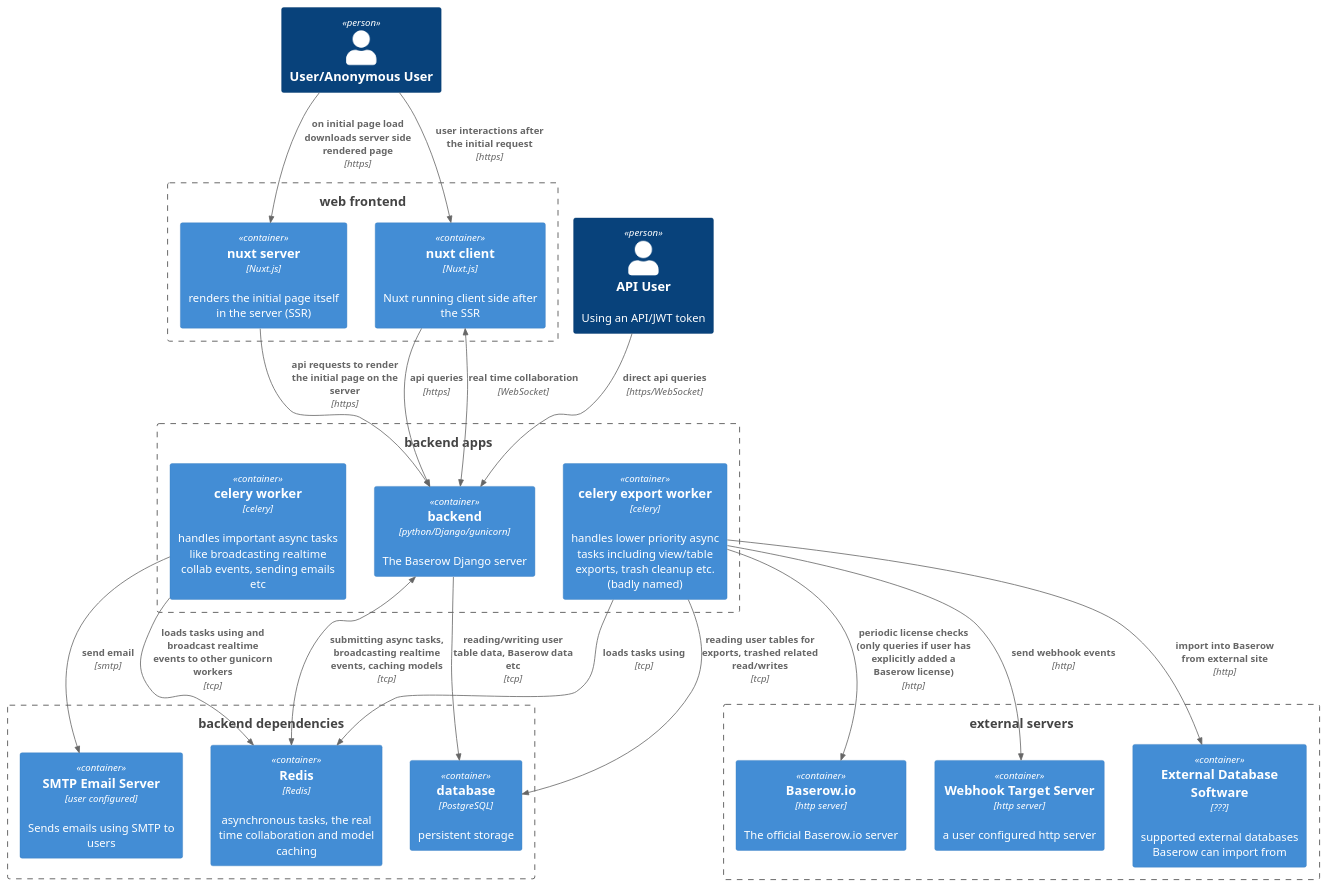
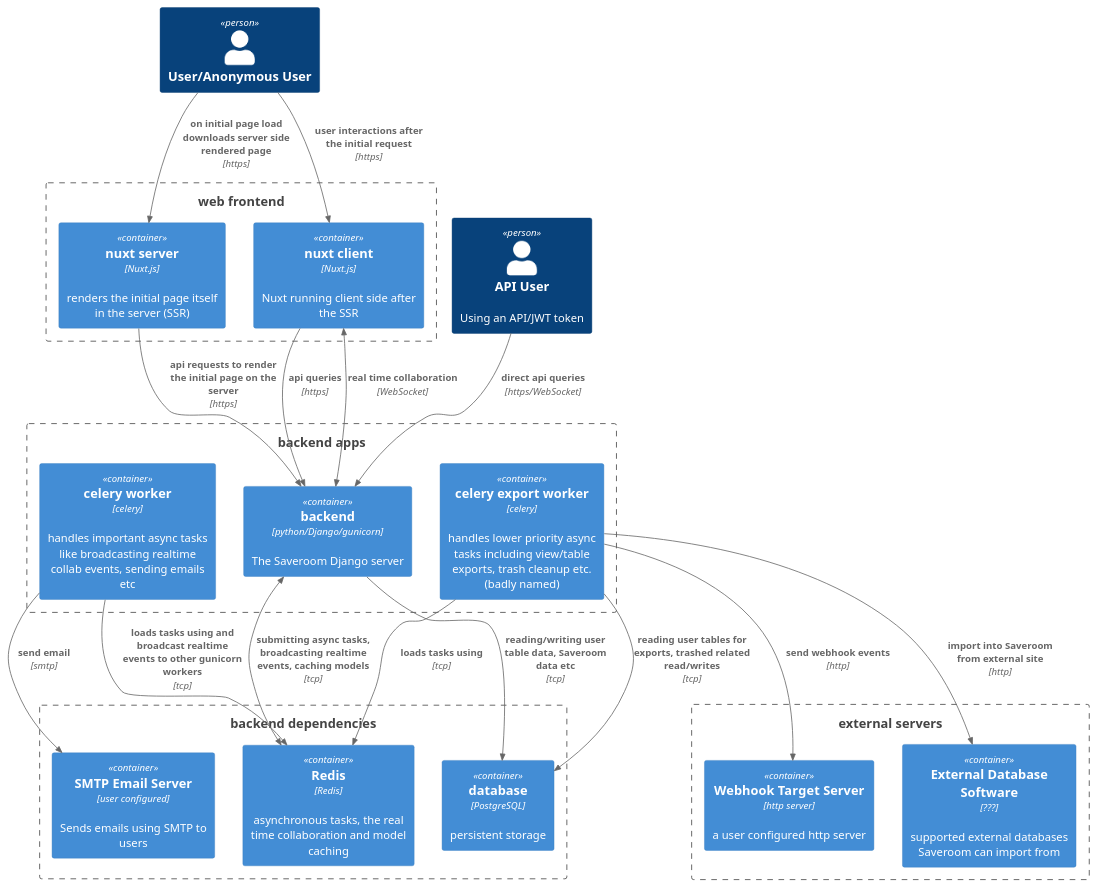
Before and after one commit to carneirofc/baserow: the diagram in assets/diagrams/server-architecture.puml, drawn with PlantUML. The commit also changed 96 other files, not shown here.

```diff
--- a/assets/diagrams/server-architecture.puml
+++ b/assets/diagrams/server-architecture.puml
@@ -1,48 +1,46 @@
 @startuml
 !includeurl https://raw.githubusercontent.com/RicardoNiepel/C4-PlantUML/master/C4_Container.puml
 ' Visit http://www.plantuml.com/ and paste in this document to edit and re-render.
 
 Person(customer, "User/Anonymous User")
 Person(apicustomer, "API User", "Using an API/JWT token")
 
 Boundary(boundary0, "backend apps") {
-    Container(api, "backend", "python/Django/gunicorn", "The Baserow Django server")
+    Container(api, "backend", "python/Django/gunicorn", "The Saveroom Django server")
     Container(worker, "celery worker", "celery", "handles important async tasks like broadcasting realtime collab events, sending emails etc")
     Container(export_worker, "celery export worker", "celery", "handles lower priority async tasks including view/table exports, trash cleanup etc. (badly named)")
 }
 Boundary(boundary1, "web frontend") {
     Container(webfrontend_server, "nuxt server", "Nuxt.js", "renders the initial page itself in the server (SSR)")
     Container(webfrontend_client, "nuxt client", "Nuxt.js", "Nuxt running client side after the SSR")
 }
 Boundary(boundary2, "backend dependencies") {
     Container(db, "database", "PostgreSQL", "persistent storage")
     Container(redis, "Redis", "Redis", "asynchronous tasks, the real time collaboration and model caching")
     Container(smtp_server, "SMTP Email Server", "user configured", "Sends emails using SMTP to users")
 }
 Boundary(boundary3, "external servers") {
     Container(webhook_http_target_server, "Webhook Target Server", "http server", "a user configured http server")
-    Container(external_data_source, "External Database Software", "???", "supported external databases Baserow can import from")
-    Container(baserow_io, "Baserow.io", "http server", "The official Baserow.io server")
+    Container(external_data_source, "External Database Software", "???", "supported external databases Saveroom can import from")
 }
 
 
 
 Rel(customer, webfrontend_server, "on initial page load downloads server side rendered page", "https")
 Rel(webfrontend_server, api, "api requests to render the initial page on the server", "https")
 Rel(customer, webfrontend_client, "user interactions after the initial request", "https")
 
 Rel(webfrontend_client, api, "api queries", "https")
 BiRel(webfrontend_client, api, "real time collaboration", "WebSocket")
 
 Rel(apicustomer, api, "direct api queries", "https/WebSocket")
 
-Rel(api, db, "reading/writing user table data, Baserow data etc", "tcp")
+Rel(api, db, "reading/writing user table data, Saveroom data etc", "tcp")
 BiRel(api, redis, "submitting async tasks, broadcasting realtime events, caching models", "tcp")
 Rel(worker, redis, "loads tasks using and broadcast realtime events to other gunicorn workers", "tcp")
 Rel(export_worker, redis, "loads tasks using", "tcp")
 Rel(export_worker, db, "reading user tables for exports, trashed related read/writes", "tcp")
 Rel(worker, smtp_server, "send email", "smtp")
 Rel(export_worker, webhook_http_target_server, "send webhook events", "http")
-Rel(export_worker, external_data_source, "import into Baserow from external site", "http")
-Rel(export_worker, baserow_io, "periodic license checks (only queries if user has explicitly added a Baserow license)", "http")
+Rel(export_worker, external_data_source, "import into Saveroom from external site", "http")
 @enduml
```
